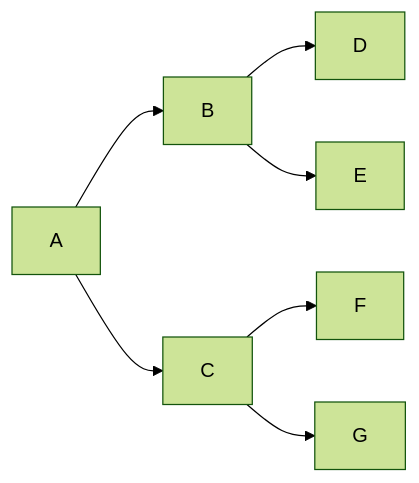
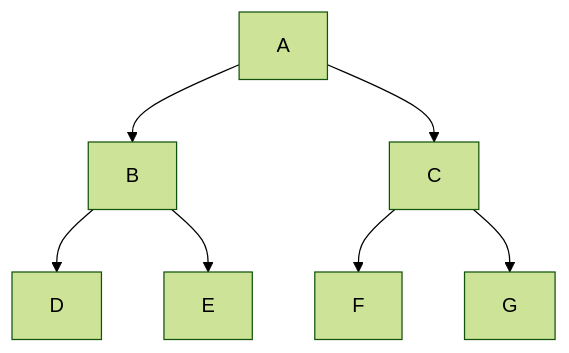
The first of 2 diagrams in content/Lessons/S2/graphs.md (firegreen/Learn--cpp_programming), drawn with Mermaid (forest theme) before and after one commit. The commit also changed other lines of this file, not shown here.

Commit message:
✏️ Fix table and graph display (+ add bold Letters)

````diff
--- a/content/Lessons/S2/graphs.md
+++ b/content/Lessons/S2/graphs.md
@@ -79,9 +79,9 @@
 ```mermaid
-graph LR
+graph TB
     A --> B
     A --> C
     B --> D
     B --> E
     C --> F
     C --> G
 ```
````
